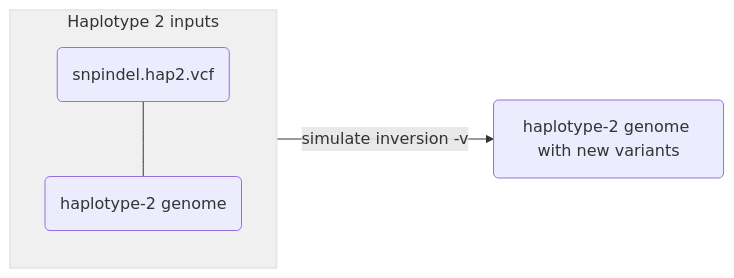
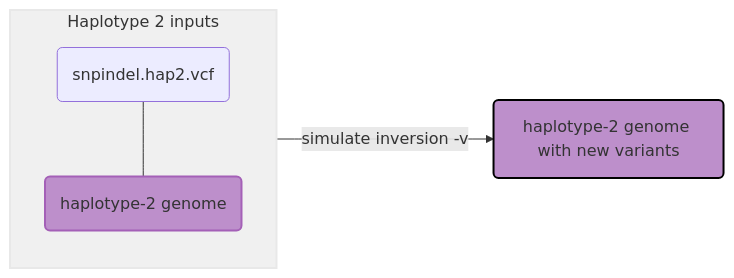
Before and after one commit to pdimens/harpy: the sixth of 6 diagrams in Modules/Simulate/simulate-variants.md, drawn with Mermaid. The commit also changed other lines of this file, not shown here.

````diff
--- a/Modules/Simulate/simulate-variants.md
+++ b/Modules/Simulate/simulate-variants.md
@@ -255,8 +274,10 @@
 ```mermaid
 graph LR
     subgraph id2 ["Haplotype 2 inputs"]
     hap1(snpindel.hap2.vcf)---geno(haplotype-2 genome)
     end
     id2-->|simulate inversion -v|genohap2(haplotype-2 genome with new variants)
     style id2 fill:#f0f0f0,stroke:#e8e8e8,stroke-width:2px
+    style geno fill:#bd8fcb,stroke:#a460b7,stroke-width:2px
+    style genohap2 fill:#bd8fcb,stroke:#000000,stroke-width:2px
 ```
````
